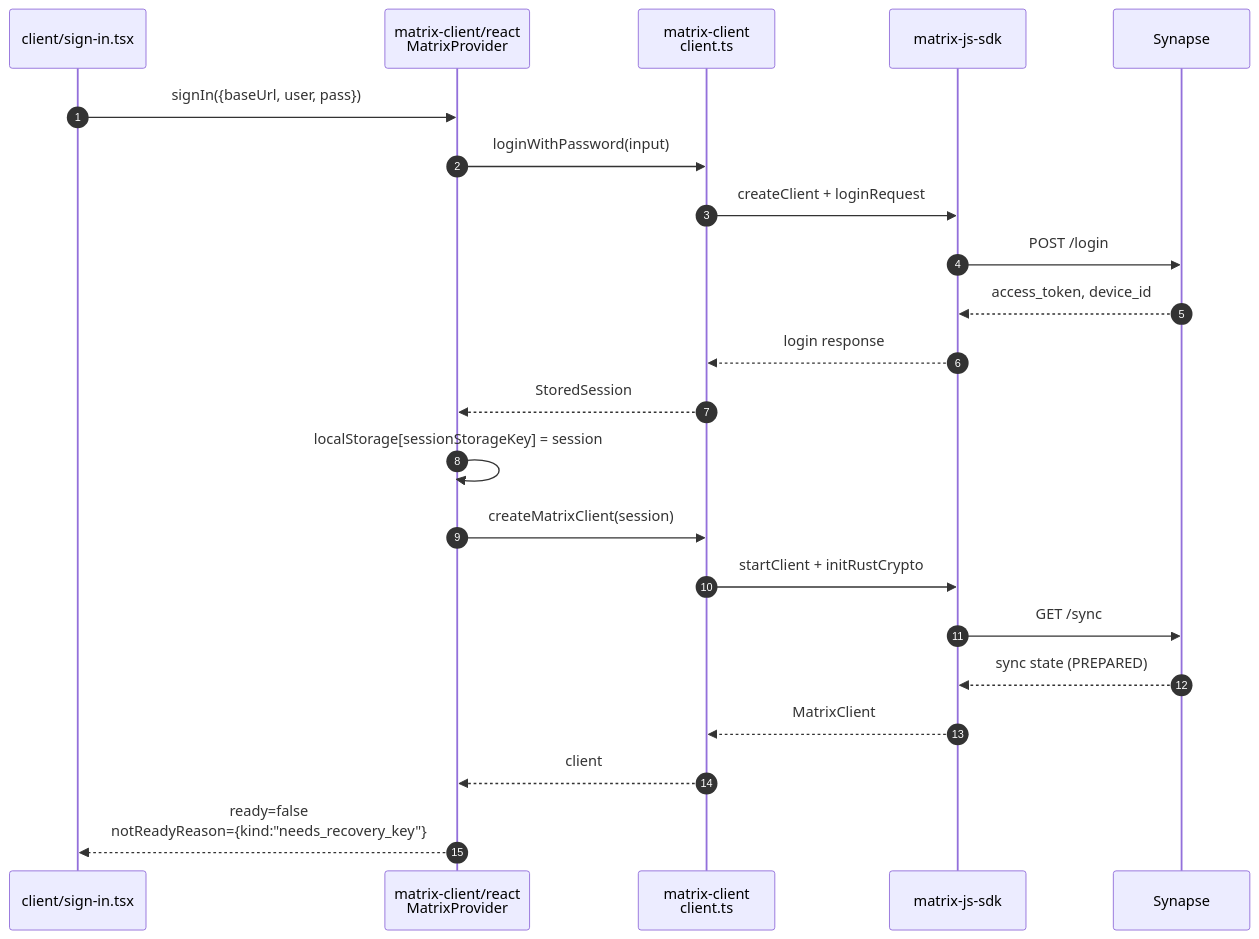
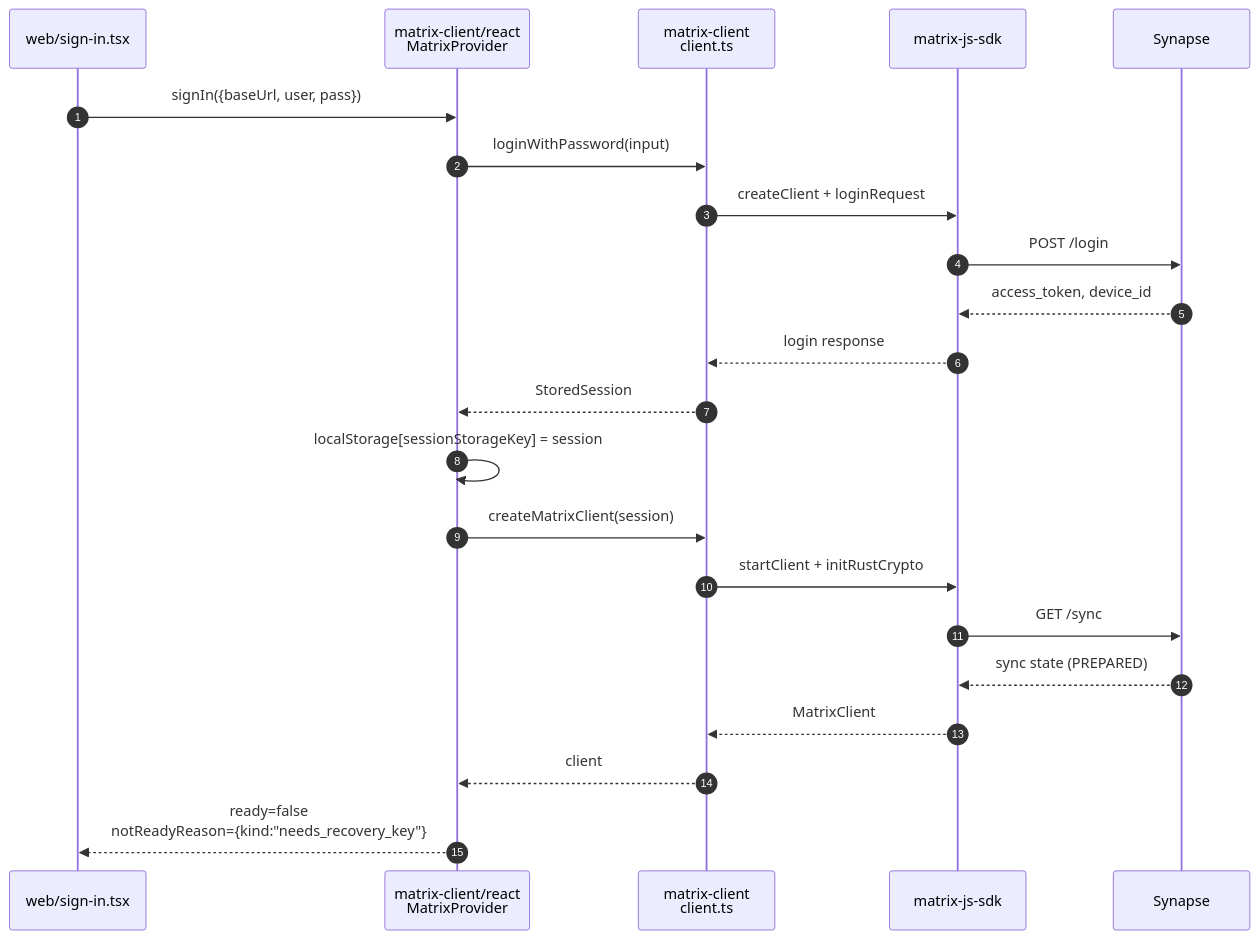
The second of 5 diagrams in README.md (quochuydev/matrix-e2e-emr), drawn with Mermaid before and after one commit. The commit also changed other lines of this file and 37 other files, not shown here.

First line of the commit message:
Rename client/ workspace to web/

````diff
--- a/README.md
+++ b/README.md
@@ -118,25 +118,25 @@
 ```mermaid
 sequenceDiagram
     autonumber
-    participant UI as client/sign-in.tsx
+    participant UI as web/sign-in.tsx
     participant Hook as matrix-client/react<br/>MatrixProvider
     participant Core as matrix-client<br/>client.ts
     participant SDK as matrix-js-sdk
     participant HS as Synapse
 
     UI->>Hook: signIn({baseUrl, user, pass})
     Hook->>Core: loginWithPassword(input)
     Core->>SDK: createClient + loginRequest
     SDK->>HS: POST /login
     HS-->>SDK: access_token, device_id
     SDK-->>Core: login response
     Core-->>Hook: StoredSession
     Hook->>Hook: localStorage[sessionStorageKey] = session
     Hook->>Core: createMatrixClient(session)
     Core->>SDK: startClient + initRustCrypto
     SDK->>HS: GET /sync
     HS-->>SDK: sync state (PREPARED)
     SDK-->>Core: MatrixClient
     Core-->>Hook: client
     Hook-->>UI: ready=false<br/>notReadyReason={kind:"needs_recovery_key"}
 ```
````
